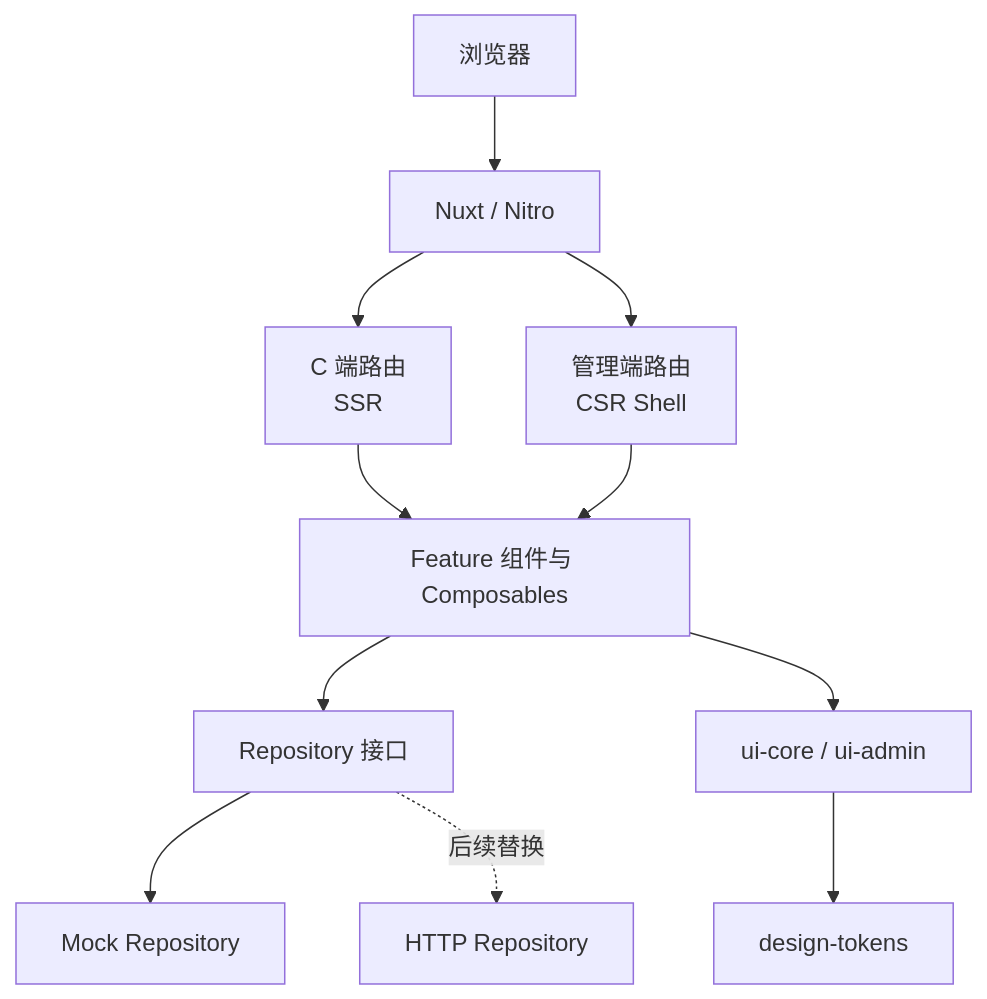
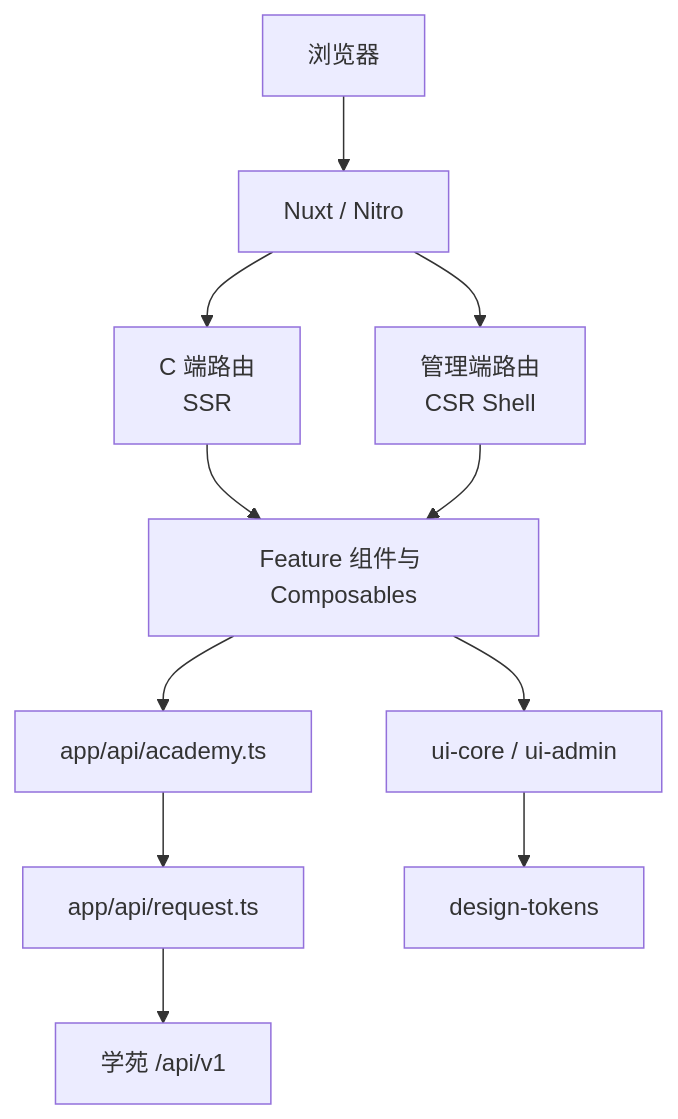
The first of 2 diagrams in docs/architecture.md (WD-CHINA/isport-college), drawn with Mermaid before and after one commit. The commit also changed other lines of this file and 150 other files, not shown here.

````diff
--- a/docs/architecture.md
+++ b/docs/architecture.md
@@ -91,13 +91,13 @@
 ```mermaid
 flowchart TD
   Browser[浏览器] --> Nitro[Nuxt / Nitro]
   Nitro --> Public[C 端路由<br/>SSR]
   Nitro --> Admin[管理端路由<br/>CSR Shell]
   Public --> Features[Feature 组件与 Composables]
   Admin --> Features
-  Features --> Repositories[Repository 接口]
-  Repositories --> Mock[Mock Repository]
-  Repositories -. 后续替换 .-> HTTP[HTTP Repository]
+  Features --> AcademyApi[app/api/academy.ts]
+  AcademyApi --> Request[app/api/request.ts]
+  Request --> AcademyWeb[学苑 /api/v1]
   Features --> UI[ui-core / ui-admin]
   UI --> Tokens[design-tokens]
 ```
````
